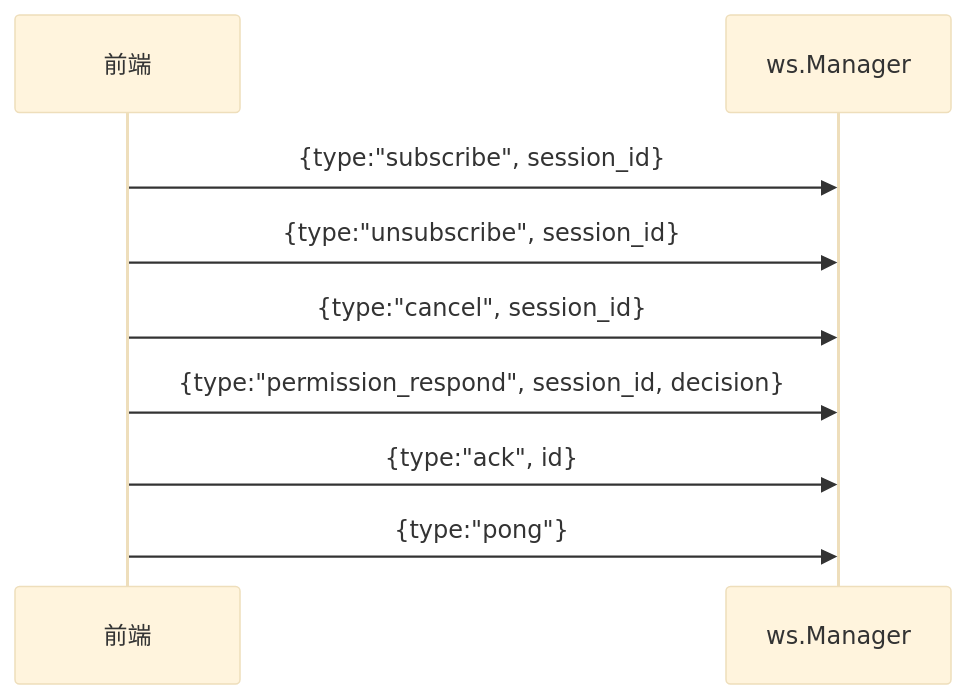
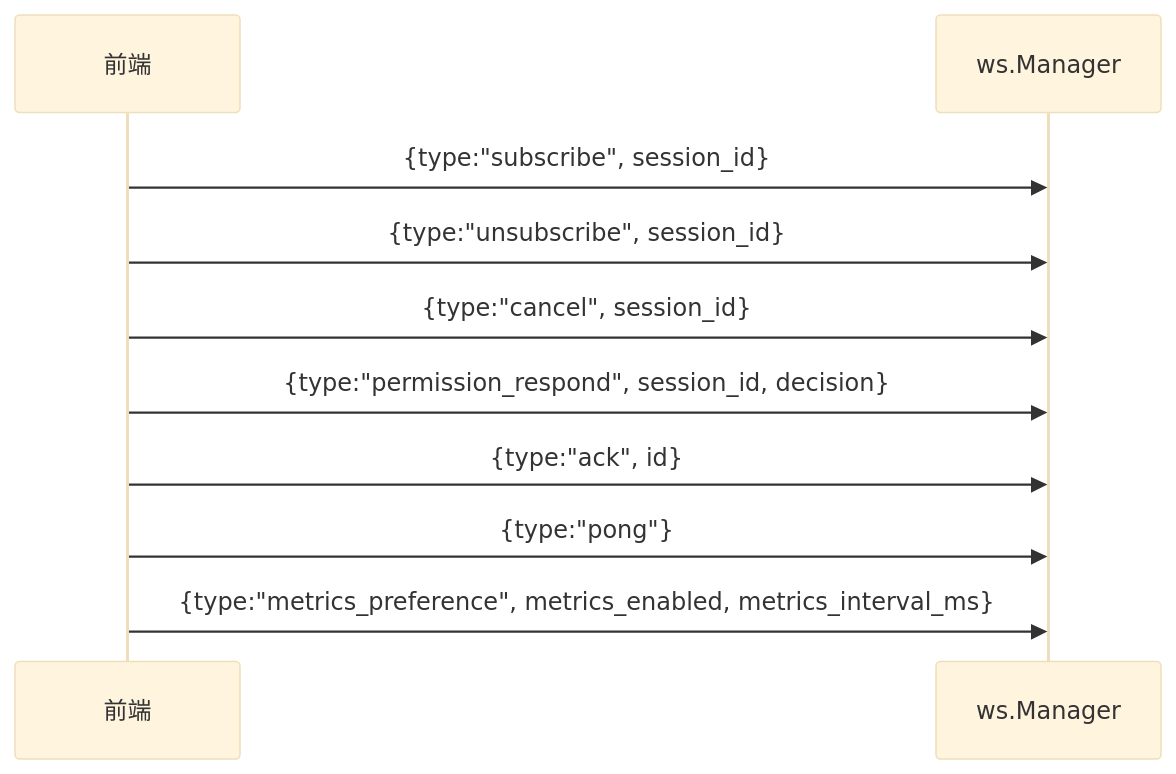
Before and after one commit to clawbench-dev/clawbench: the second of 4 diagrams in docs/spec/core/streaming.md, drawn with Mermaid (base theme). The commit also changed other lines of this file and 22 other files, not shown here.

````diff
--- a/docs/spec/core/streaming.md
+++ b/docs/spec/core/streaming.md
@@ -39,12 +39,13 @@
 ```mermaid
 sequenceDiagram
     participant 前端
     participant ws.Manager
 
     前端->>ws.Manager: {type:"subscribe", session_id}
     前端->>ws.Manager: {type:"unsubscribe", session_id}
     前端->>ws.Manager: {type:"cancel", session_id}
     前端->>ws.Manager: {type:"permission_respond", session_id, decision}
     前端->>ws.Manager: {type:"ack", id}
     前端->>ws.Manager: {type:"pong"}
+    前端->>ws.Manager: {type:"metrics_preference", metrics_enabled, metrics_interval_ms}
 ```
````
